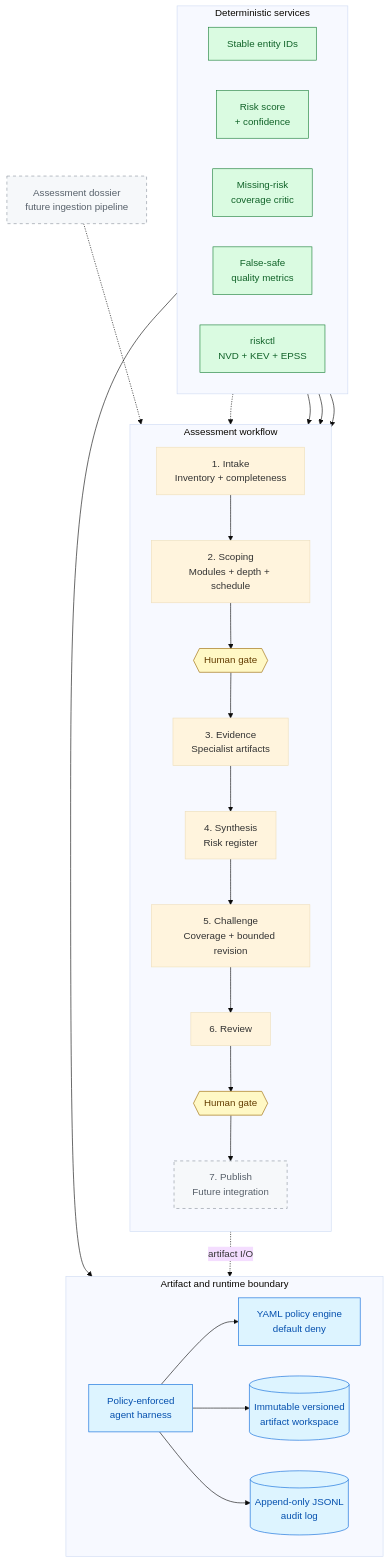
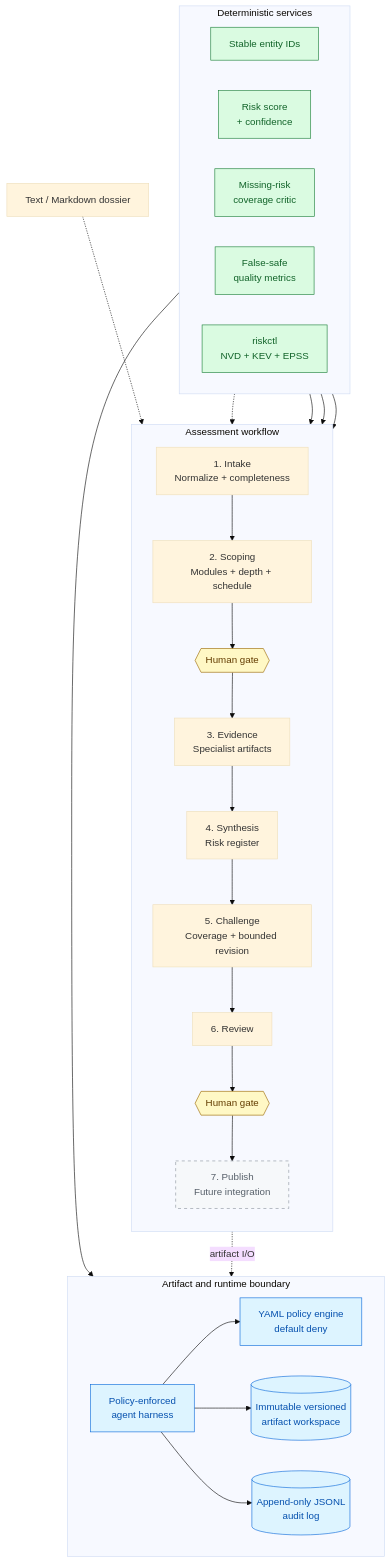
The first of 2 diagrams in README.md (baylitoo/risk-assess), drawn with Mermaid (base theme) before and after one commit. The commit also changed other lines of this file and 17 other files, not shown here.

Commit message:
Add deterministic document ingestion pipeline

````diff
--- a/README.md
+++ b/README.md
@@ -36,58 +36,58 @@
 ```mermaid
 flowchart TB
-    Dossier["Assessment dossier<br/>future ingestion pipeline"]
+    Dossier["Text / Markdown dossier"]
 
     subgraph Workflow["Assessment workflow"]
         direction TB
-        Intake["1. Intake<br/>Inventory + completeness"]
+        Intake["1. Intake<br/>Normalize + completeness"]
         Scope["2. Scoping<br/>Modules + depth + schedule"]
         Gate1{{"Human gate"}}
         Evidence["3. Evidence<br/>Specialist artifacts"]
         Synthesis["4. Synthesis<br/>Risk register"]
         Challenge["5. Challenge<br/>Coverage + bounded revision"]
         Review["6. Review"]
         Gate2{{"Human gate"}}
         Publish["7. Publish<br/>Future integration"]
 
         Intake --> Scope --> Gate1 --> Evidence --> Synthesis --> Challenge --> Review --> Gate2 --> Publish
     end
 
     subgraph ArtifactLayer["Artifact and runtime boundary"]
         direction LR
         Harness["Policy-enforced<br/>agent harness"]
         Policy["YAML policy engine<br/>default deny"]
         Workspace[("Immutable versioned<br/>artifact workspace")]
         Audit[("Append-only JSONL<br/>audit log")]
 
         Harness --> Policy
         Harness --> Workspace
         Harness --> Audit
     end
 
     subgraph Services["Deterministic services"]
         direction LR
         IDs["Stable entity IDs"]
         Scorer["Risk score<br/>+ confidence"]
         Critic["Missing-risk<br/>coverage critic"]
         Evals["False-safe<br/>quality metrics"]
         Riskctl["riskctl<br/>NVD + KEV + EPSS"]
     end
 
     Dossier -.-> Intake
     Evidence -. artifact I/O .-> Harness
     IDs --> Workspace
     Riskctl -.-> Evidence
     Scorer --> Synthesis
     Critic --> Challenge
     Evals --> Challenge
 
     classDef future fill:#f6f8fa,stroke:#8c959f,stroke-dasharray:5 5,color:#57606a;
     classDef gate fill:#fff8c5,stroke:#9a6700,color:#633c01;
     classDef runtime fill:#ddf4ff,stroke:#0969da,color:#0550ae;
     classDef service fill:#dafbe1,stroke:#1a7f37,color:#116329;
 
-    class Dossier,Publish future;
+    class Publish future;
     class Gate1,Gate2 gate;
     class Harness,Policy,Workspace,Audit runtime;
     class IDs,Scorer,Critic,Evals,Riskctl service;
 ```
````
